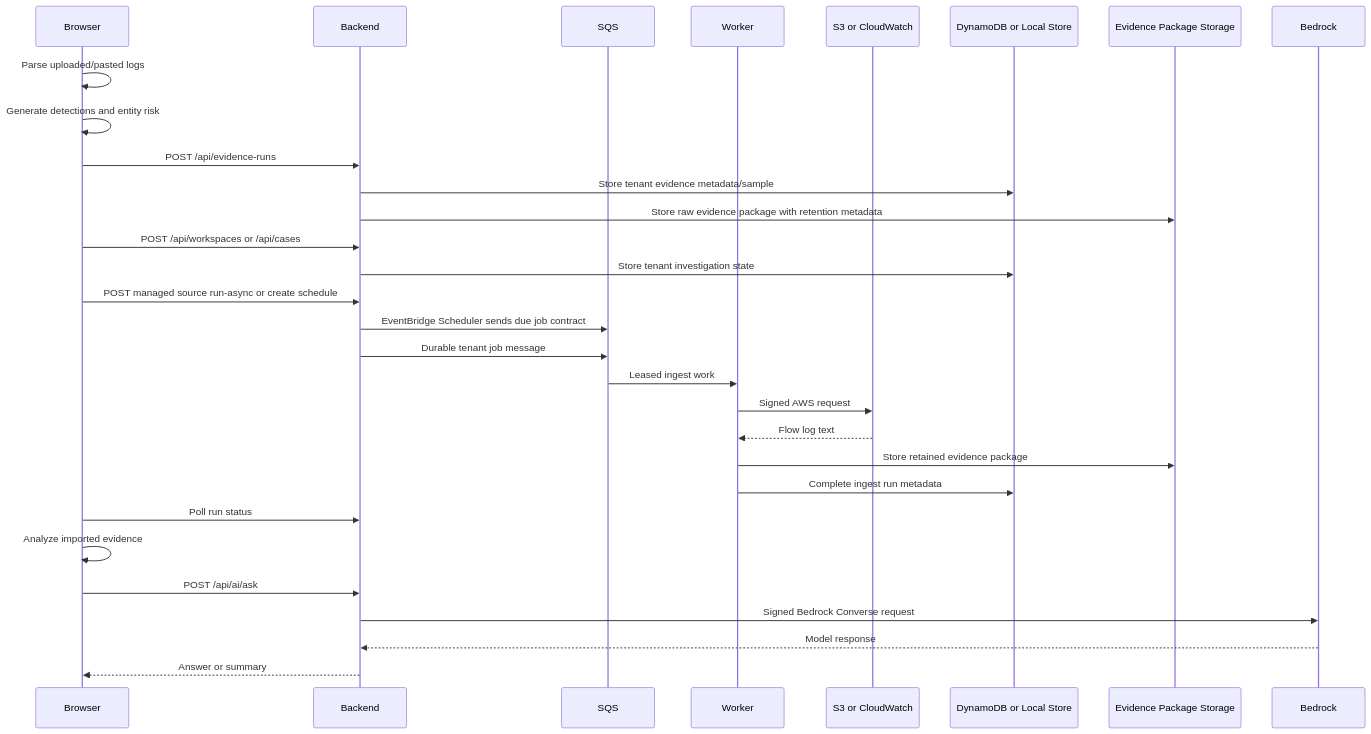
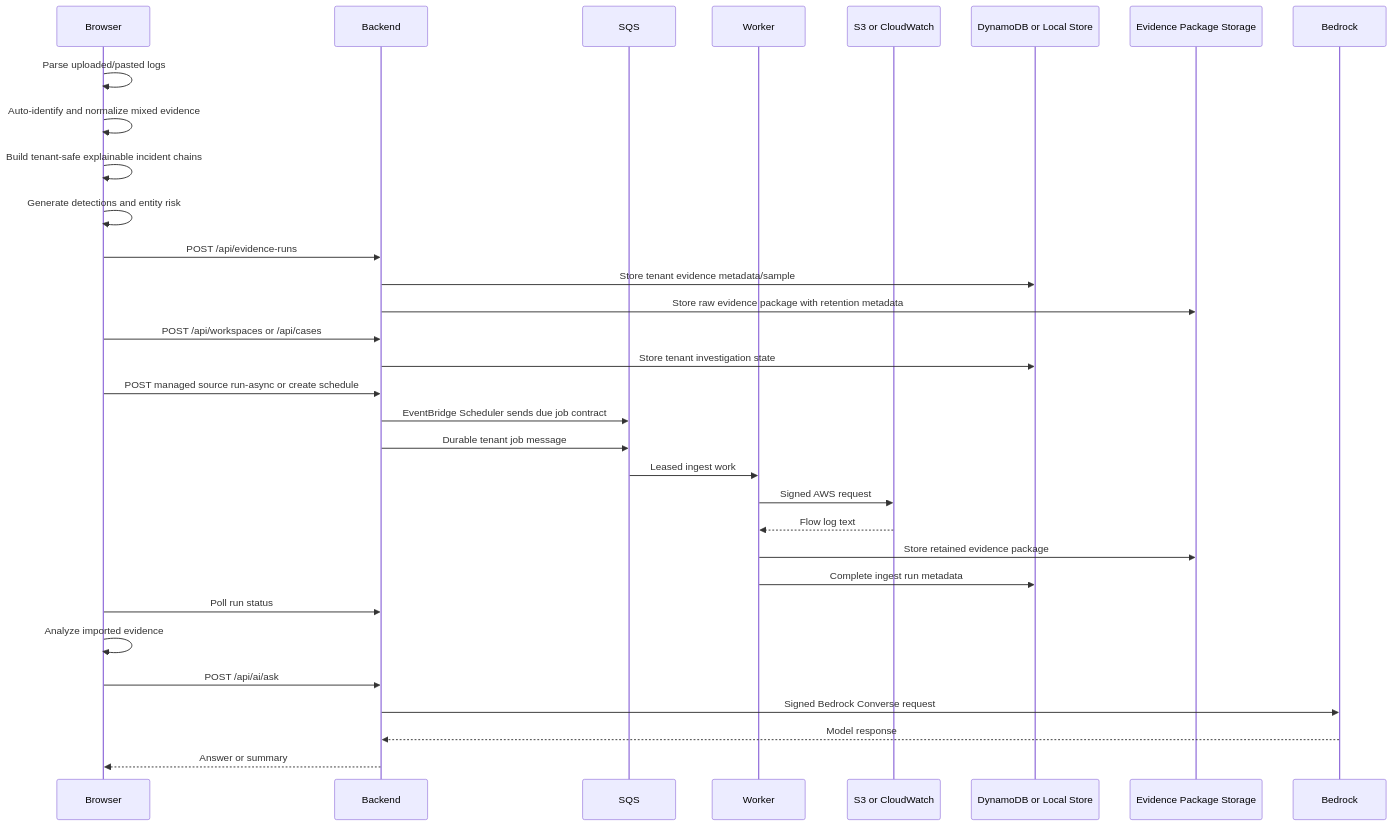
One commit to jaysonguglietta/SignalPrismNDR changed the second of 2 diagrams in docs/ARCHITECTURE.md. Above: the diagram before and after it, drawn with Mermaid. The commit also changed other lines of this file and 17 other files, not shown here.

````diff
--- a/docs/ARCHITECTURE.md
+++ b/docs/ARCHITECTURE.md
@@ -161,33 +170,35 @@
 ```mermaid
 sequenceDiagram
   participant B as Browser
   participant A as Backend
   participant Q as SQS
   participant W as Worker
   participant S as S3 or CloudWatch
   participant D as DynamoDB or Local Store
   participant E as Evidence Package Storage
   participant R as Bedrock
 
   B->>B: Parse uploaded/pasted logs
+  B->>B: Auto-identify and normalize mixed evidence
+  B->>B: Build tenant-safe explainable incident chains
   B->>B: Generate detections and entity risk
   B->>A: POST /api/evidence-runs
   A->>D: Store tenant evidence metadata/sample
   A->>E: Store raw evidence package with retention metadata
   B->>A: POST /api/workspaces or /api/cases
   A->>D: Store tenant investigation state
   B->>A: POST managed source run-async or create schedule
   A->>Q: EventBridge Scheduler sends due job contract
   A->>Q: Durable tenant job message
   Q->>W: Leased ingest work
   W->>S: Signed AWS request
   S-->>W: Flow log text
   W->>E: Store retained evidence package
   W->>D: Complete ingest run metadata
   B->>A: Poll run status
   B->>B: Analyze imported evidence
   B->>A: POST /api/ai/ask
   A->>R: Signed Bedrock Converse request
   R-->>A: Model response
   A-->>B: Answer or summary
 ```
````
